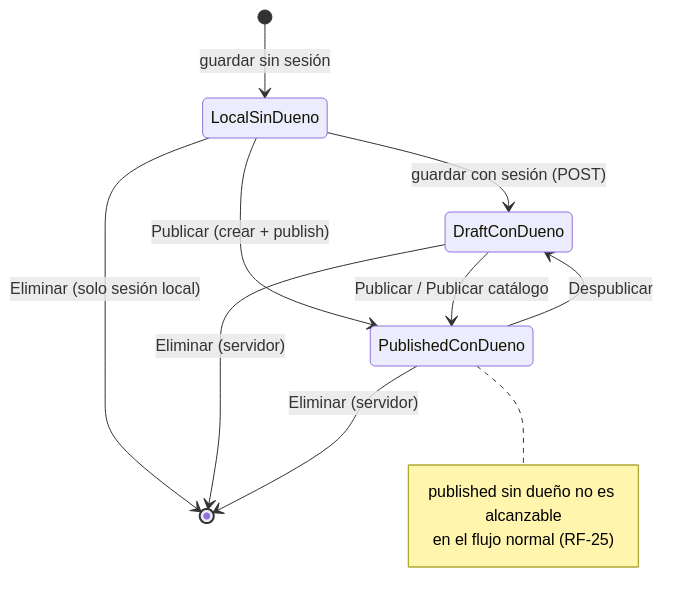
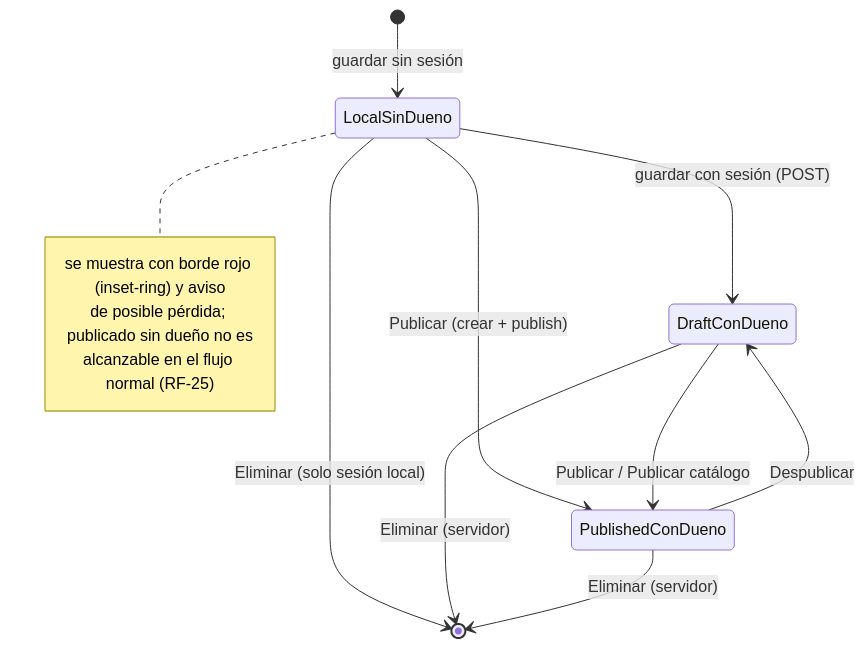
One commit to Dariosoft/fes-panel-web changed the tenth of 10 diagrams in specs/002-panel-catalog-management/uml.md. Above: the diagram before and after it, drawn with Mermaid. The commit also changed other lines of this file and 3 other files, not shown here.

````diff
--- a/specs/002-panel-catalog-management/uml.md
+++ b/specs/002-panel-catalog-management/uml.md
@@ -312,15 +468,16 @@
 ```mermaid
 stateDiagram-v2
   [*] --> LocalSinDueno: guardar sin sesión
   LocalSinDueno --> DraftConDueno: guardar con sesión (POST)
   LocalSinDueno --> PublishedConDueno: Publicar (crear + publish)
   DraftConDueno --> PublishedConDueno: Publicar / Publicar catálogo
   PublishedConDueno --> DraftConDueno: Despublicar
   LocalSinDueno --> [*]: Eliminar (solo sesión local)
   DraftConDueno --> [*]: Eliminar (servidor)
   PublishedConDueno --> [*]: Eliminar (servidor)
-  note right of PublishedConDueno
-    published sin dueño no es alcanzable
-    en el flujo normal (RF-25)
+  note right of LocalSinDueno
+    se muestra con borde rojo (inset-ring) y aviso
+    de posible pérdida; publicado sin dueño no es
+    alcanzable en el flujo normal (RF-25)
   end note
 ```
````
